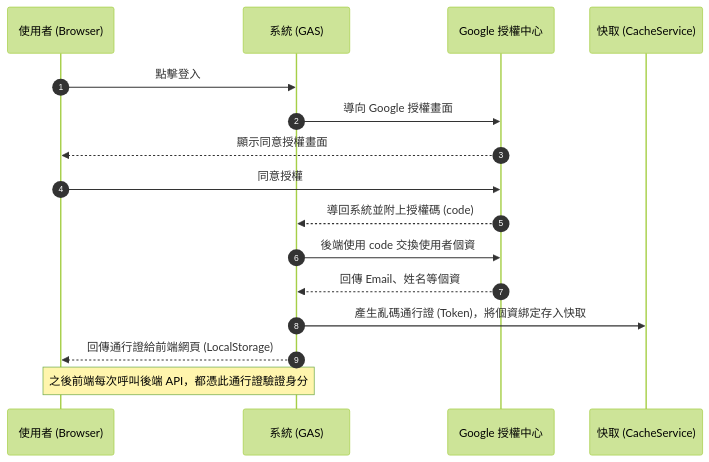
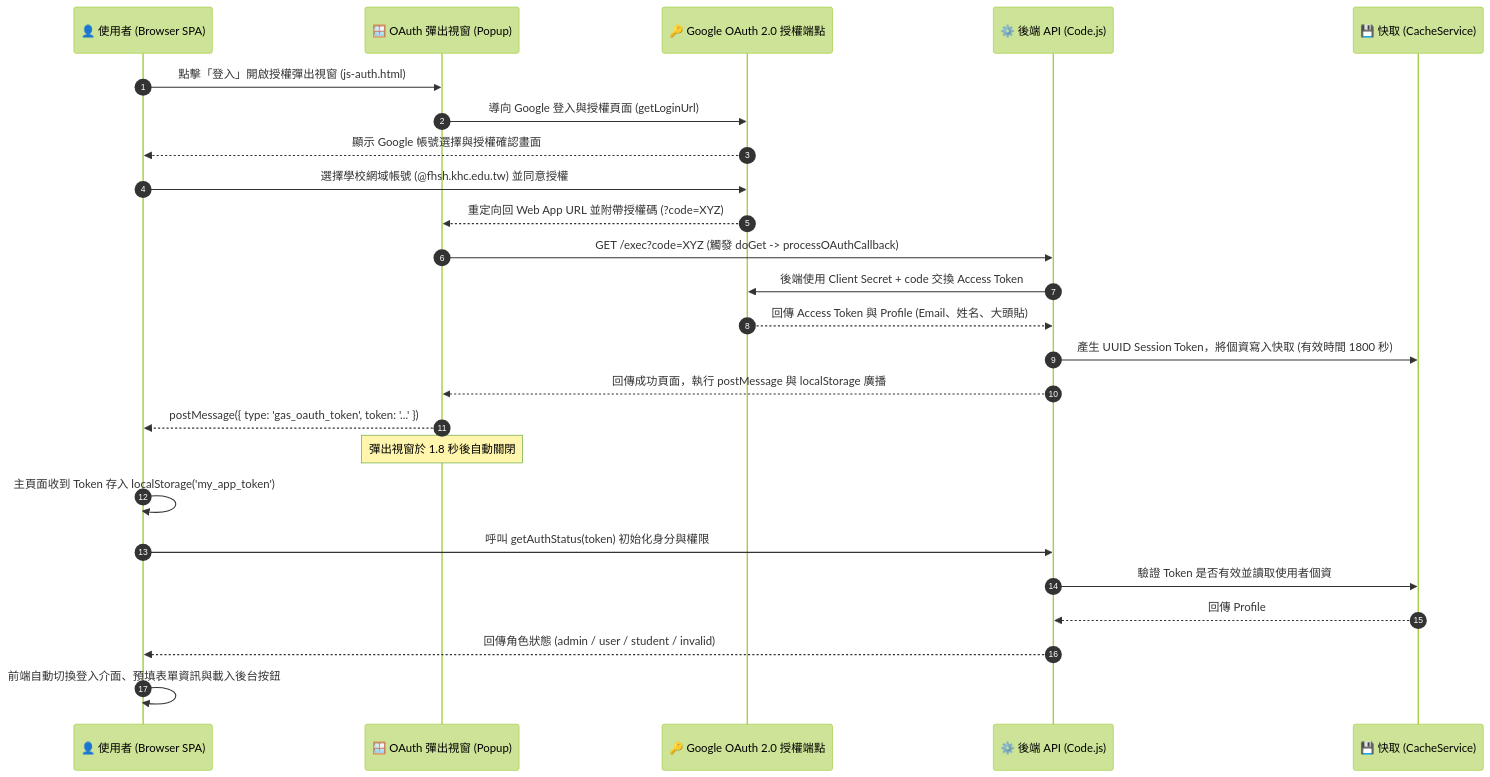
Before and after one commit to SamnPhysics/scienceprocurement: the second of 2 diagrams in OAuth2_GuideLine.md, drawn with Mermaid (forest theme). The commit also changed other lines of this file and 1 other file, not shown here.

````diff
--- a/OAuth2_GuideLine.md
+++ b/OAuth2_GuideLine.md
@@ -55,19 +56,28 @@
 ```mermaid
 sequenceDiagram
     autonumber
-    participant U as 使用者 (Browser)
-    participant GAS as 系統 (GAS)
-    participant G as Google 授權中心
-    participant C as 快取 (CacheService)
+    participant U as 👤 使用者 (Browser SPA)
+    participant P as 🪟 OAuth 彈出視窗 (Popup)
+    participant G as 🔑 Google OAuth 2.0 授權端點
+    participant GAS as ⚙️ 後端 API (Code.js)
+    participant C as 💾 快取 (CacheService)
 
-    U->>GAS: 點擊登入
-    GAS->>G: 導向 Google 授權畫面
-    G-->>U: 顯示同意授權畫面
-    U->>G: 同意授權
-    G-->>GAS: 導回系統並附上授權碼 (code)
-    GAS->>G: 後端使用 code 交換使用者個資
-    G-->>GAS: 回傳 Email、姓名等個資
-    GAS->>C: 產生亂碼通行證 (Token)，將個資綁定存入快取
-    GAS-->>U: 回傳通行證給前端網頁 (LocalStorage)
-    Note over U,GAS: 之後前端每次呼叫後端 API，都憑此通行證驗證身分
+    U->>P: 點擊「登入」開啟授權彈出視窗 (js-auth.html)
+    P->>G: 導向 Google 登入與授權頁面 (getLoginUrl)
+    G-->>U: 顯示 Google 帳號選擇與授權確認畫面
+    U->>G: 選擇學校網域帳號 (@fhsh.khc.edu.tw) 並同意授權
+    G-->>P: 重定向回 Web App URL 並附帶授權碼 (?code=XYZ)
+    P->>GAS: GET /exec?code=XYZ (觸發 doGet -> processOAuthCallback)
+    GAS->>G: 後端使用 Client Secret + code 交換 Access Token
+    G-->>GAS: 回傳 Access Token 與 Profile (Email、姓名、大頭貼)
+    GAS->>C: 產生 UUID Session Token，將個資寫入快取 (有效時間 1800 秒)
+    GAS-->>P: 回傳成功頁面，執行 postMessage 與 localStorage 廣播
+    P-->>U: postMessage({ type: 'gas_oauth_token', token: '...' })
+    Note over P: 彈出視窗於 1.8 秒後自動關閉
+    U->>U: 主頁面收到 Token 存入 localStorage('my_app_token')
+    U->>GAS: 呼叫 getAuthStatus(token) 初始化身分與權限
+    GAS->>C: 驗證 Token 是否有效並讀取使用者個資
+    C-->>GAS: 回傳 Profile
+    GAS-->>U: 回傳角色狀態 (admin / user / student / invalid)
+    U->>U: 前端自動切換登入介面、預填表單資訊與載入後台按鈕
 ```
````
